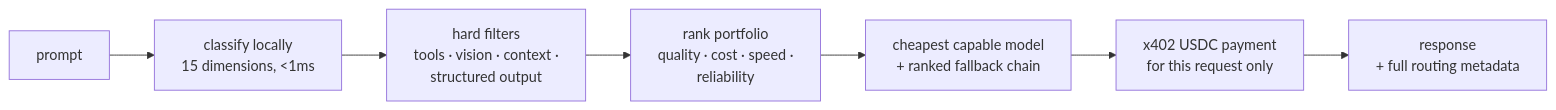
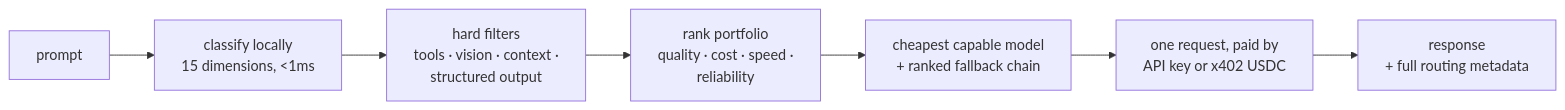
The diagram in README.md (BlockRunAI/blockrun-llm-ts), drawn with Mermaid before and after one commit. The commit also changed other lines of this file and 9 other files, not shown here.

````diff
--- a/README.md
+++ b/README.md
@@ -381,9 +379,9 @@
 ```mermaid
 flowchart LR
     A["prompt"] --> B["classify locally<br/>15 dimensions, &lt;1ms"]
     B --> C["hard filters<br/>tools · vision · context ·<br/>structured output"]
     C --> D["rank portfolio<br/>quality · cost · speed ·<br/>reliability"]
     D --> E["cheapest capable model<br/>+ ranked fallback chain"]
-    E --> F["x402 USDC payment<br/>for this request only"]
+    E --> F["one request, paid by<br/>API key or x402 USDC"]
     F --> G["response<br/>+ full routing metadata"]
 ```
````
